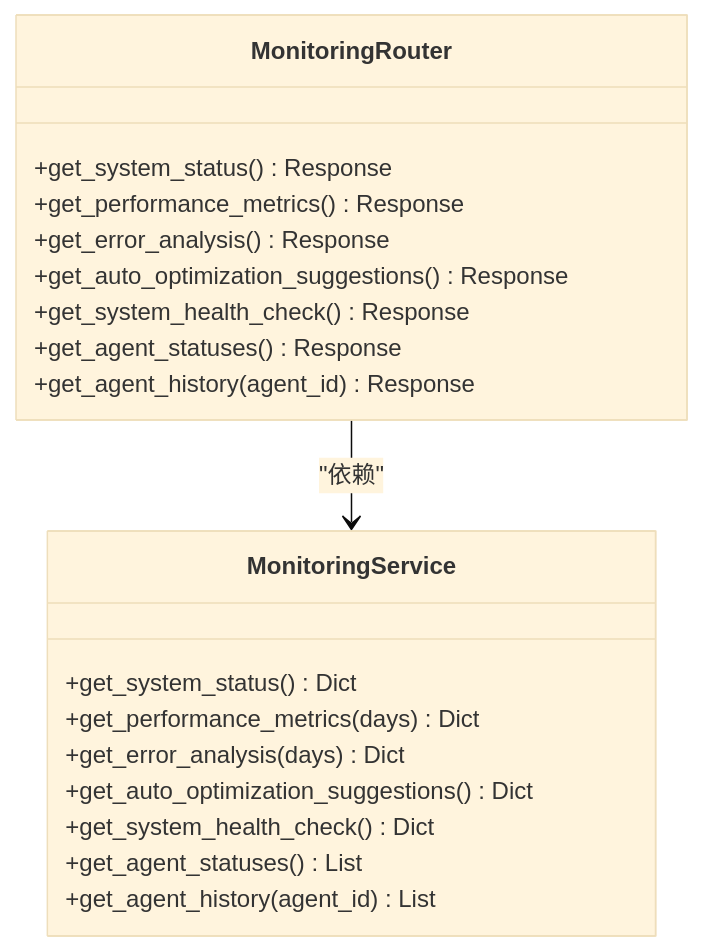
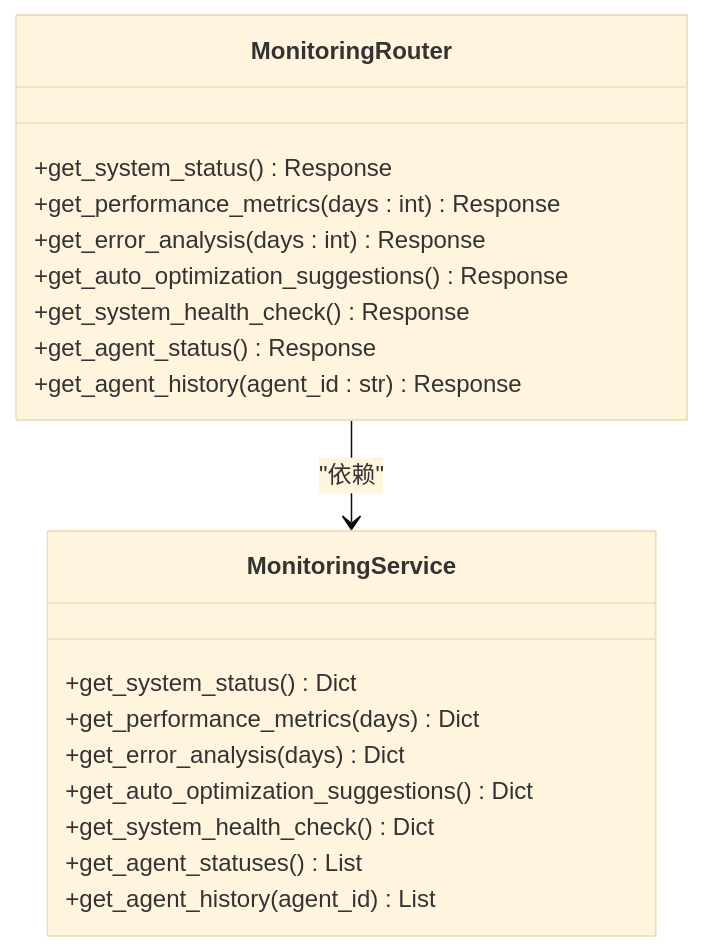
Before and after one commit to xfbyxq/ai-novel-system: the second of 9 diagrams in .qoder/repowiki/zh/content/API接口文档/系统监控API.md, drawn with Mermaid (base theme). The commit also changed other lines of this file and 84 other files, not shown here.

````diff
--- a/.qoder/repowiki/zh/content/API接口文档/系统监控API.md
+++ b/.qoder/repowiki/zh/content/API接口文档/系统监控API.md
@@ -82,22 +89,22 @@
 ```mermaid
 classDiagram
 class MonitoringRouter {
 +get_system_status() Response
-+get_performance_metrics() Response
-+get_error_analysis() Response
++get_performance_metrics(days : int) Response
++get_error_analysis(days : int) Response
 +get_auto_optimization_suggestions() Response
 +get_system_health_check() Response
-+get_agent_statuses() Response
-+get_agent_history(agent_id) Response
++get_agent_status() Response
++get_agent_history(agent_id : str) Response
 }
 class MonitoringService {
 +get_system_status() Dict
 +get_performance_metrics(days) Dict
 +get_error_analysis(days) Dict
 +get_auto_optimization_suggestions() Dict
 +get_system_health_check() Dict
 +get_agent_statuses() List
 +get_agent_history(agent_id) List
 }
 MonitoringRouter --> MonitoringService : "依赖"
 ```
````
